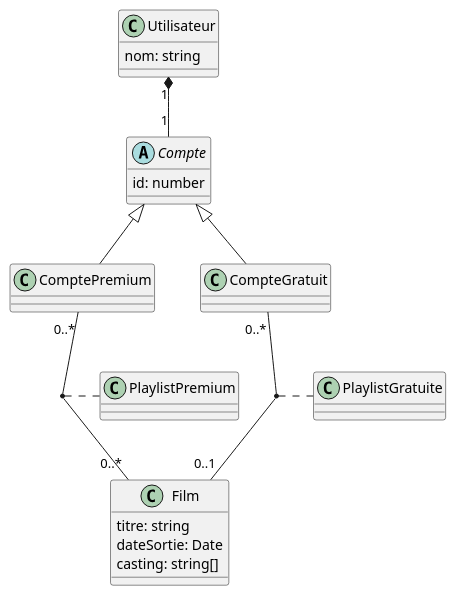
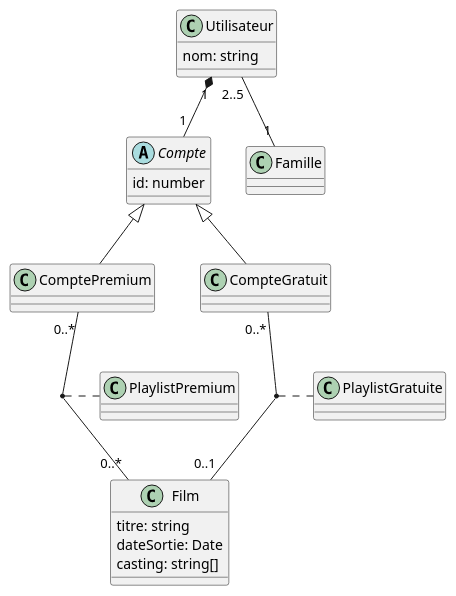
The diagram in class_diagrams/12_service_streaming.puml (sebcourtois/cda-exos-uml-diagrams), drawn with PlantUML before and after one commit.

```diff
--- a/class_diagrams/12_service_streaming.puml
+++ b/class_diagrams/12_service_streaming.puml
@@ -23,29 +23,32 @@
 @startuml
 
 class Utilisateur {
     nom: string
 }
 abstract class Compte {
     id: number
 }
 class ComptePremium
 class CompteGratuit
 class Film {
     titre: string
     dateSortie: Date
     casting: string[]
 }
 class PlaylistPremium
 class PlaylistGratuite
 
+class Famille
+
 Compte <|-- ComptePremium
 Compte <|-- CompteGratuit
 
 Utilisateur "1" *-- "1" Compte
+Utilisateur "2..5" -- "1" Famille
 
 CompteGratuit "0..*" -- "0..1" Film
 ComptePremium "0..*" -- "0..*" Film
 (CompteGratuit, Film) . PlaylistGratuite
 (ComptePremium, Film) . PlaylistPremium
 
 @enduml
```
